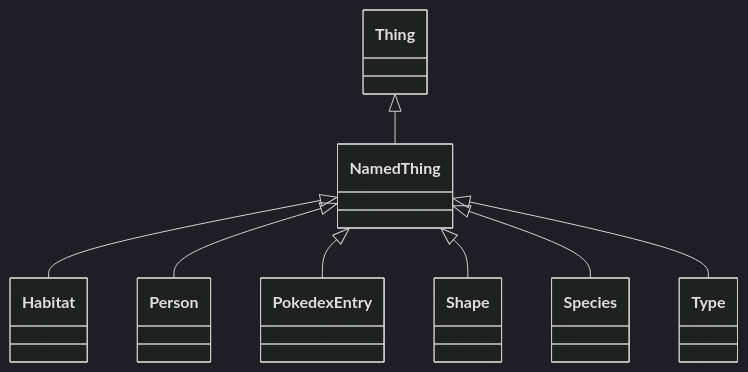
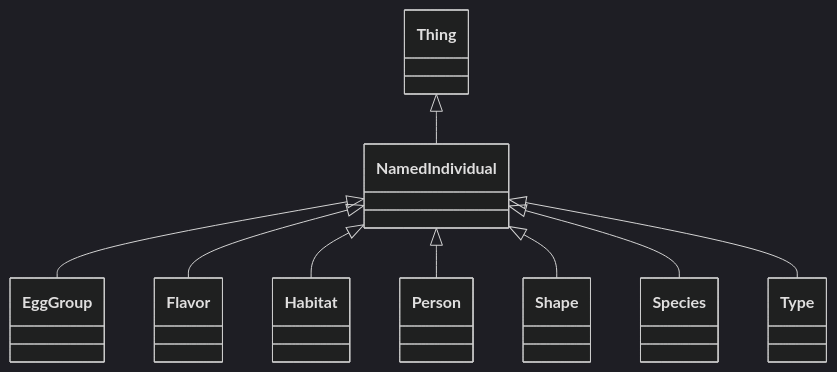
The sixth of 42 diagrams in project/datadict.md (vladistan/linkml-pokemon), drawn with Mermaid (dark theme) before and after one commit. The commit also changed other lines of this file and 18 other files, not shown here.

Commit message:
Final tweaks to the schema

````diff
--- a/project/datadict.md
+++ b/project/datadict.md
@@ -285,11 +323,12 @@
 ```mermaid
 classDiagram
-NamedThing <|-- Habitat
-NamedThing <|-- Person
-NamedThing <|-- PokedexEntry
-NamedThing <|-- Shape
-NamedThing <|-- Species
-NamedThing <|-- Type
-Thing <|-- NamedThing
+NamedIndividual <|-- EggGroup
+NamedIndividual <|-- Flavor
+NamedIndividual <|-- Habitat
+NamedIndividual <|-- Person
+NamedIndividual <|-- Shape
+NamedIndividual <|-- Species
+NamedIndividual <|-- Type
+Thing <|-- NamedIndividual
 
 ```
````
